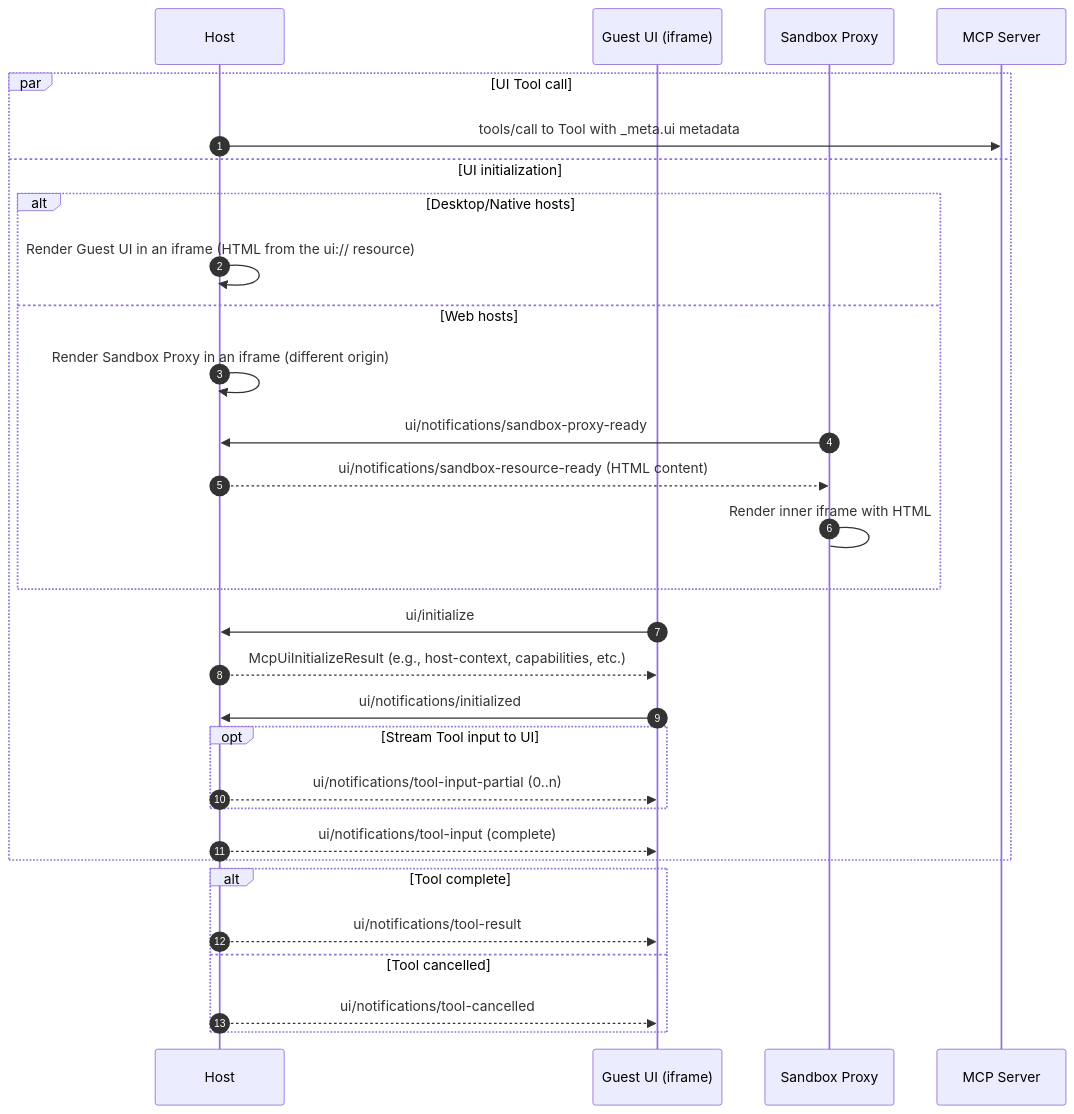
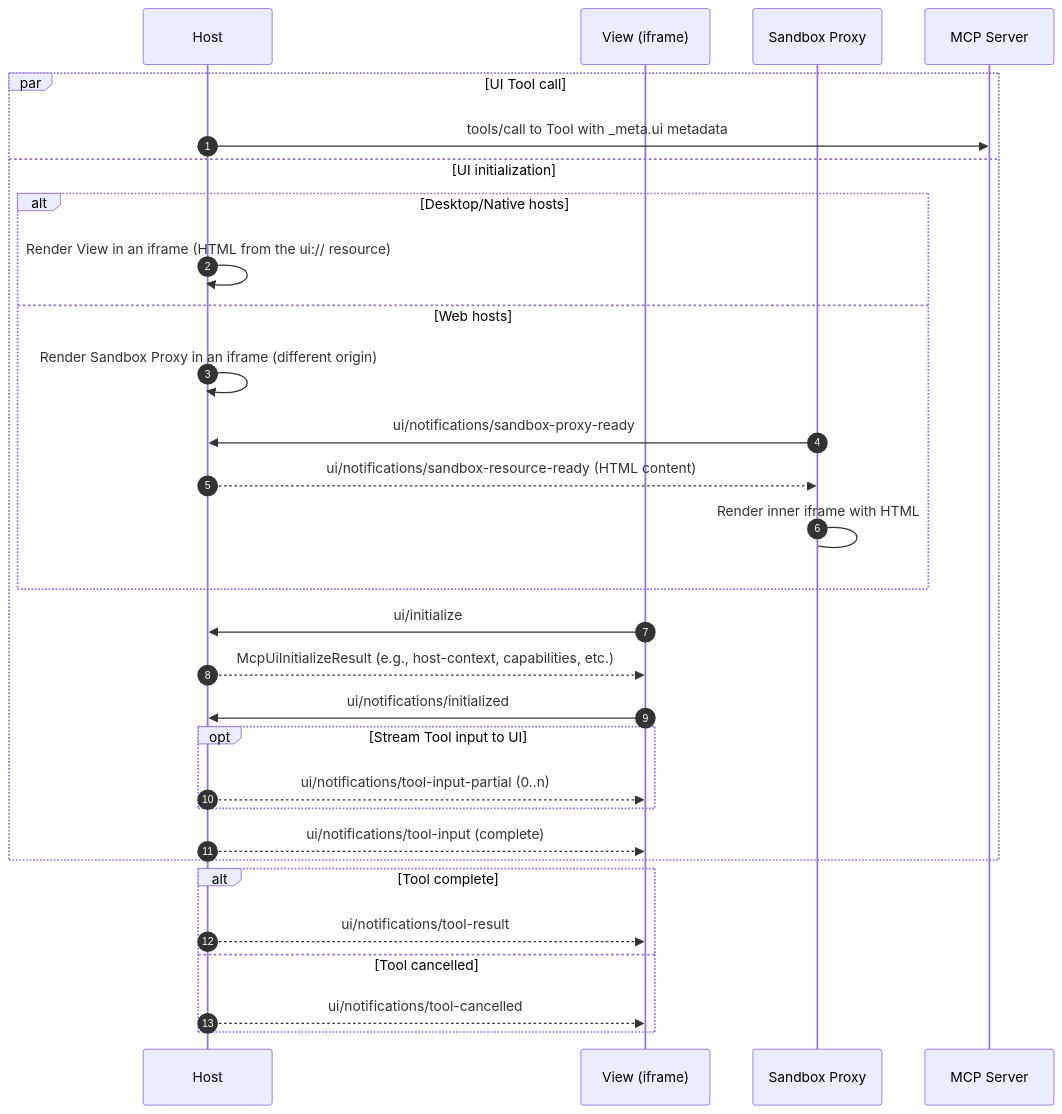
The second of 4 diagrams in specification/draft/apps.mdx (jakemannix/mcp_ext-apps), drawn with Mermaid before and after one commit. The commit also changed other lines of this file and 37 other files, not shown here.

````diff
--- a/specification/draft/apps.mdx
+++ b/specification/draft/apps.mdx
@@ -1219,34 +1219,34 @@
 ```mermaid
 sequenceDiagram
   participant H as Host
-  participant UI as Guest UI (iframe)
+  participant UI as View (iframe)
   participant P as Sandbox Proxy
   participant S as MCP Server
 
   autonumber
   par UI Tool call
     H ->> S: tools/call to Tool with _meta.ui metadata
   and UI initialization
     alt Desktop/Native hosts
-      H ->> H: Render Guest UI in an iframe (HTML from the ui:// resource)
+      H ->> H: Render View in an iframe (HTML from the ui:// resource)
     else Web hosts
       H ->> H: Render Sandbox Proxy in an iframe (different origin)
       P ->> H: ui/notifications/sandbox-proxy-ready
       H -->> P: ui/notifications/sandbox-resource-ready (HTML content)
       P -> P: Render inner iframe with HTML
 
     end
     UI ->> H: ui/initialize
     H -->> UI: McpUiInitializeResult (e.g., host-context, capabilities, etc.)
     UI ->> H: ui/notifications/initialized
     opt Stream Tool input to UI
       H -->> UI: ui/notifications/tool-input-partial (0..n)
     end
     H -->> UI: ui/notifications/tool-input (complete)
   end
   alt Tool complete
     H -->> UI: ui/notifications/tool-result
   else Tool cancelled
     H -->> UI: ui/notifications/tool-cancelled
   end
 ```
````
